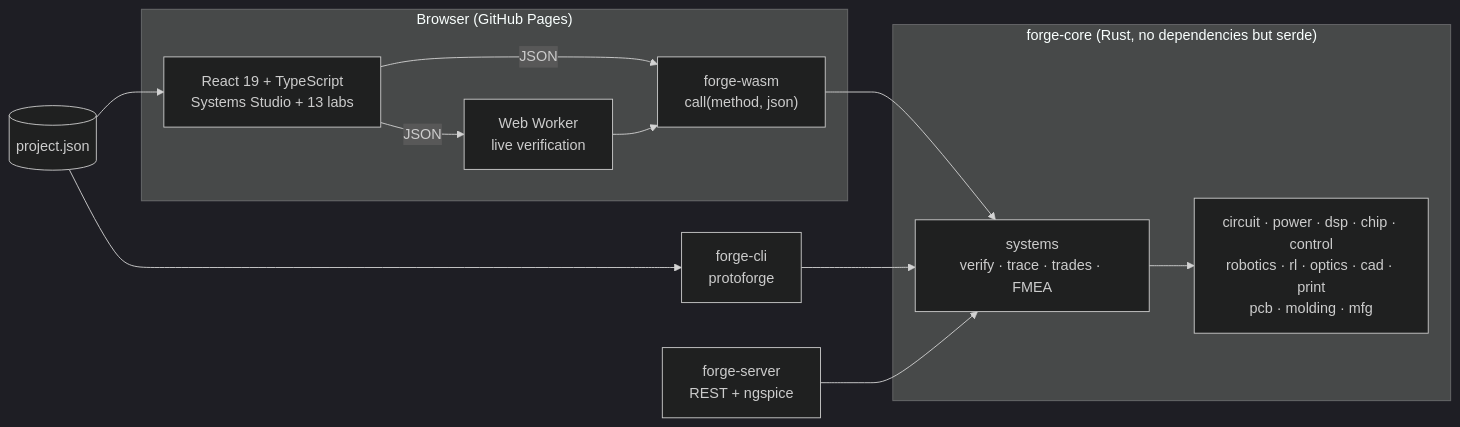
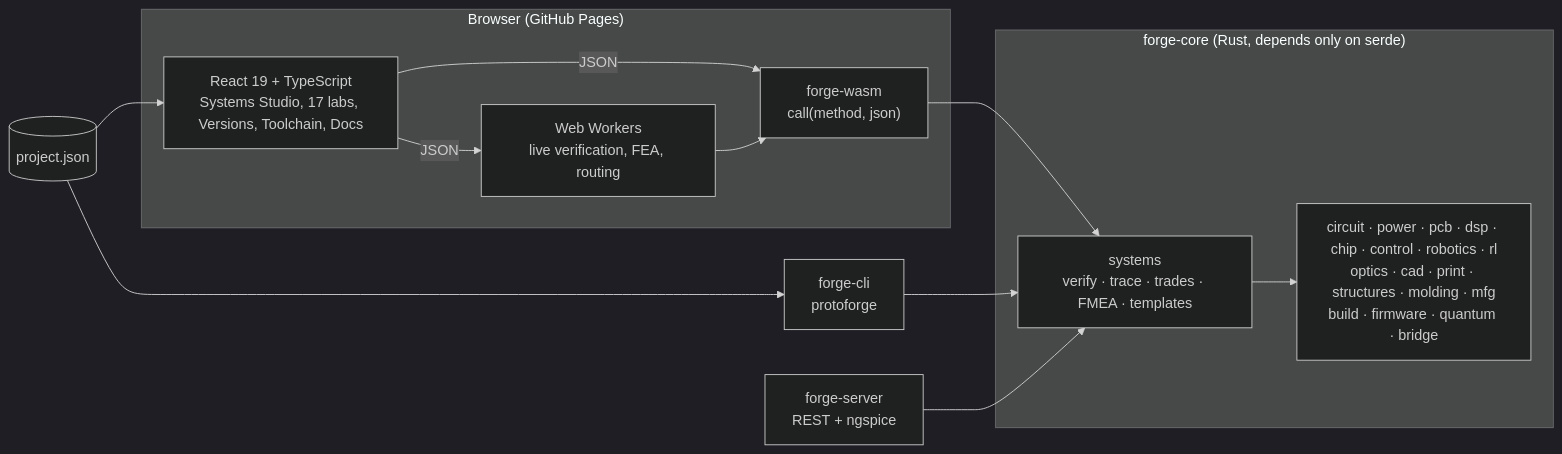
One commit to Normansrule/protoforge changed the diagram in README.md. Above: the diagram before and after it, drawn with Mermaid (dark theme). The commit also changed other lines of this file and 66 other files, not shown here.

First line of the commit message:
Fab package with KiCad, STEP, OpenSCAD, firmware and compliance; animated README walkthrough with 30 clips; reference repos for new labs

````diff
--- a/README.md
+++ b/README.md
@@ -280,22 +446,22 @@
 ```mermaid
 flowchart LR
   subgraph Browser["Browser (GitHub Pages)"]
-    UI["React 19 + TypeScript<br/>Systems Studio + 13 labs"]
-    W["Web Worker<br/>live verification"]
+    UI["React 19 + TypeScript<br/>Systems Studio, 17 labs, Versions, Toolchain, Docs"]
+    W["Web Workers<br/>live verification, FEA, routing"]
     WASM["forge-wasm<br/>call(method, json)"]
   end
-  subgraph Core["forge-core (Rust, no dependencies but serde)"]
-    SYS["systems<br/>verify · trace · trades · FMEA"]
-    LABS["circuit · power · dsp · chip · control<br/>robotics · rl · optics · cad · print<br/>pcb · molding · mfg"]
+  subgraph Core["forge-core (Rust, depends only on serde)"]
+    SYS["systems<br/>verify · trace · trades · FMEA · templates"]
+    LABS["circuit · power · pcb · dsp · chip · control · robotics · rl<br/>optics · cad · print · structures · molding · mfg<br/>build · firmware · quantum · bridge"]
   end
   CLI["forge-cli<br/>protoforge"]
   SRV["forge-server<br/>REST + ngspice"]
   P[("project.json")]
   UI -- JSON --> WASM
   UI -- JSON --> W --> WASM
   WASM --> SYS --> LABS
   CLI --> SYS
   SRV --> SYS
   P --> UI
   P --> CLI
 ```
````
